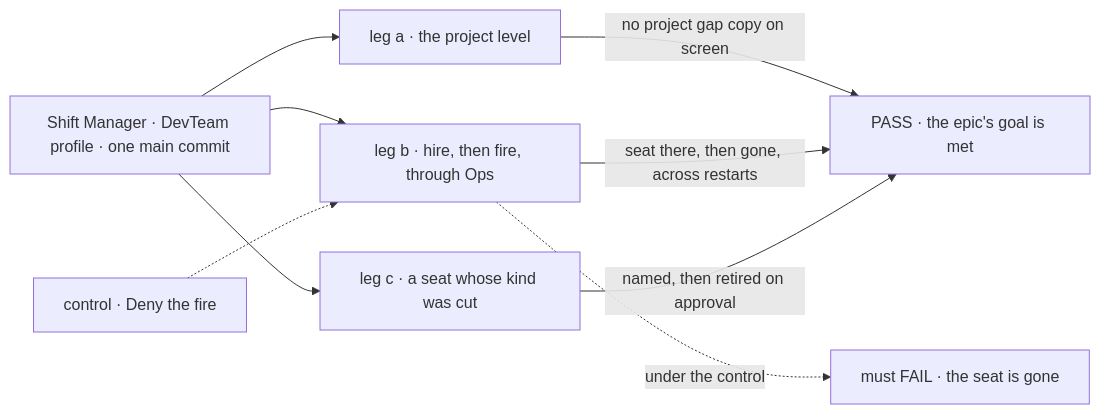
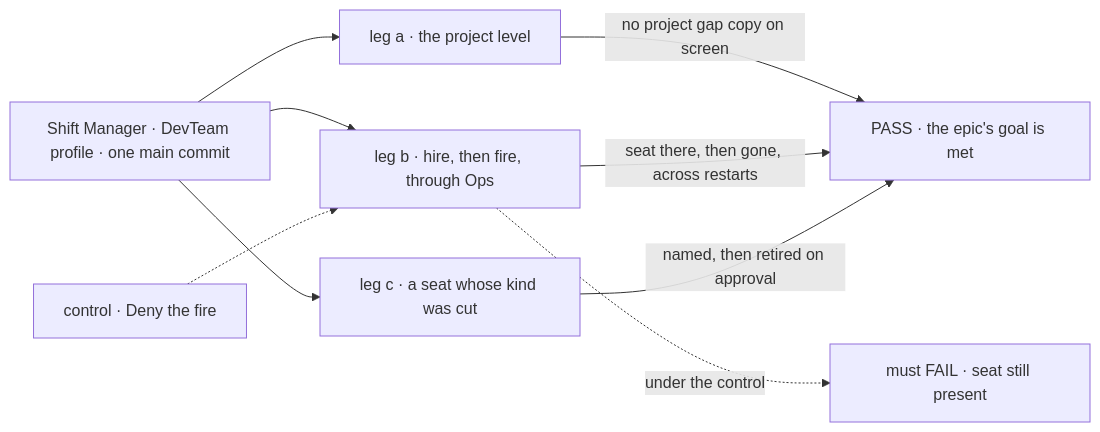
One commit to fixpoint-labs/flow-state-dev changed the first of 2 diagrams in specs/epics/FIX-1650/SPEC.md. Above: the diagram before and after it, drawn with Mermaid. The commit also changed other lines of this file and 6 other files, not shown here.

````diff
--- a/specs/epics/FIX-1650/SPEC.md
+++ b/specs/epics/FIX-1650/SPEC.md
@@ -35,11 +35,11 @@
 ```mermaid
 flowchart LR
   A["Shift Manager · DevTeam profile · one main commit"] --> L1["leg a · the project level"]
   A --> L2["leg b · hire, then fire, through Ops"]
   A --> L3["leg c · a seat whose kind was cut"]
   L1 -->|"no project gap copy on screen"| P["PASS · the epic's goal is met"]
   L2 -->|"seat there, then gone, across restarts"| P
   L3 -->|"named, then retired on approval"| P
   C["control · Deny the fire"] -.-> L2
-  L2 -.->|"under the control"| F["must FAIL · the seat is gone"]
+  L2 -.->|"under the control"| F["must FAIL · seat still present"]
 ```
````
